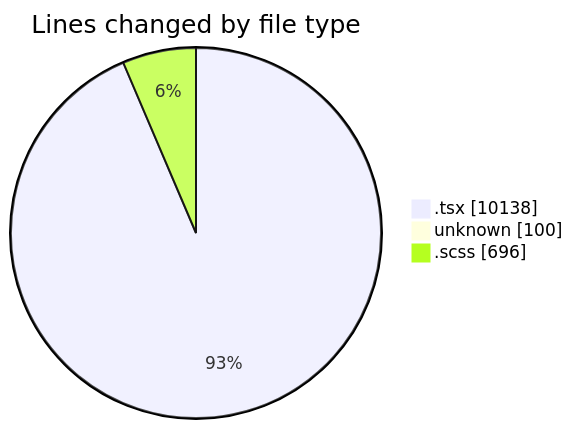
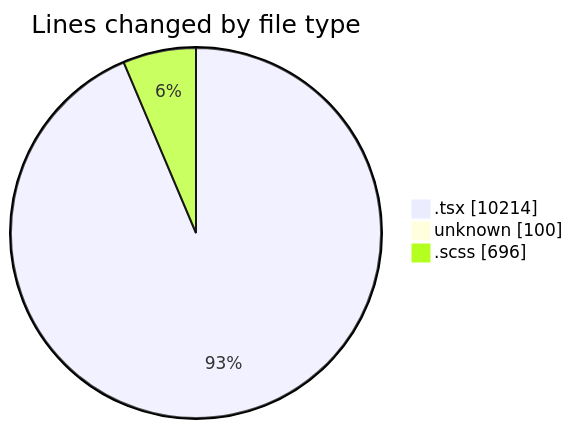
Before and after one commit to momahboobian/code-tracking: the first of 2 diagrams in 2025-12-05/cda/README.md, drawn with Mermaid. The commit also changed other lines of this file and 1 other file, not shown here.

````diff
--- a/2025-12-05/cda/README.md
+++ b/2025-12-05/cda/README.md
@@ -38,7 +38,7 @@
 ```mermaid
 pie showData
 title Lines changed by file type
-".tsx" : 10138
+".tsx" : 10214
 "unknown" : 100
 ".scss" : 696
 ```
````
